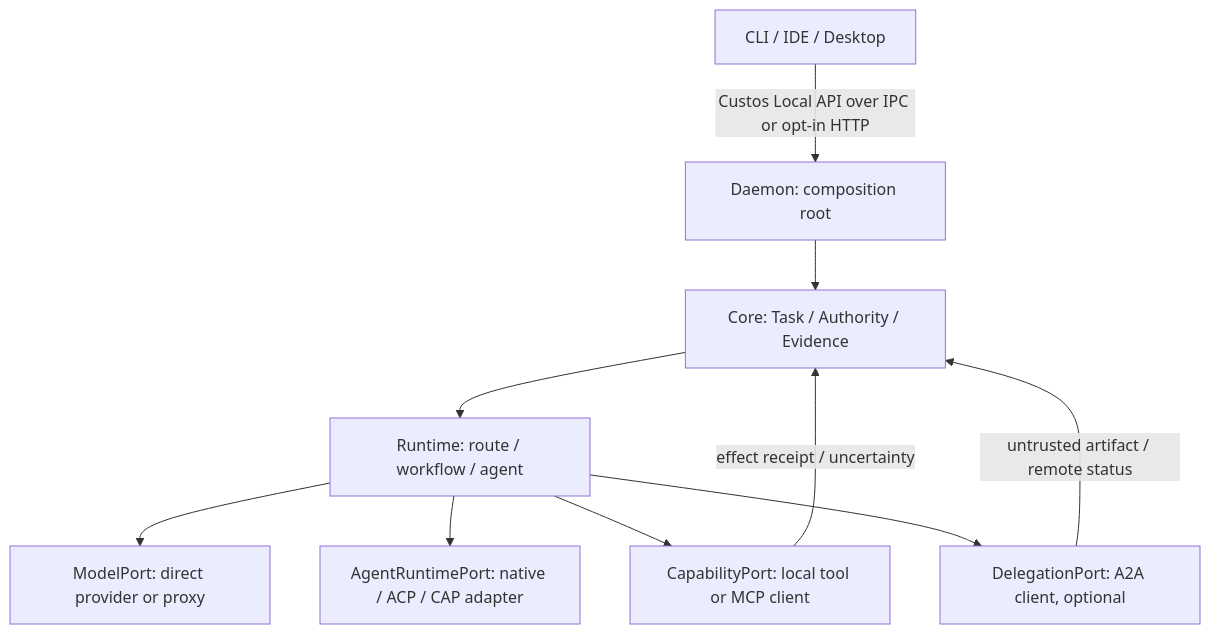
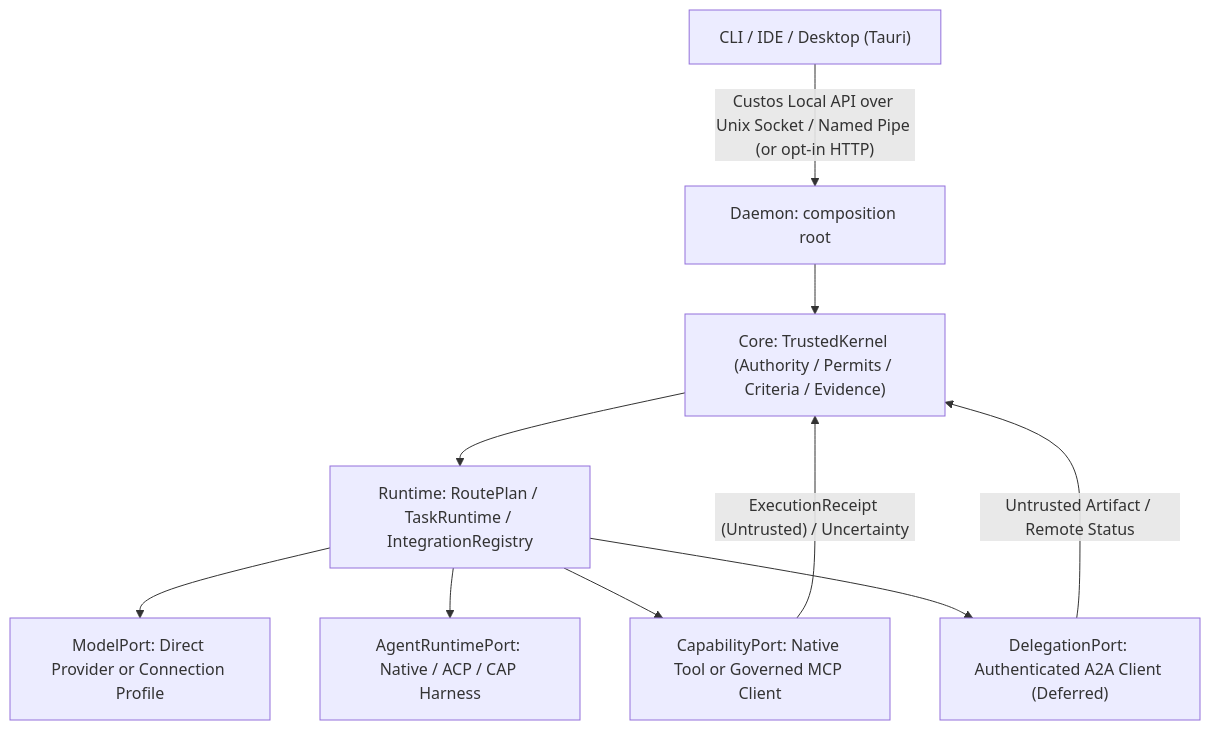
One commit to civi0411/Custos changed the diagram in docs/architecture/protocol-and-connectivity-hubs.md. Above: the diagram before and after it, drawn with Mermaid. The commit also changed other lines of this file and 7 other files, not shown here.

Commit message:
feat(protocol): standardize local api command envelopes and secure credential boundary

````diff
--- a/docs/architecture/protocol-and-connectivity-hubs.md
+++ b/docs/architecture/protocol-and-connectivity-hubs.md
@@ -22,12 +47,12 @@
 ```mermaid
 flowchart TD
-    UI["CLI / IDE / Desktop"] -->|"Custos Local API over IPC or opt-in HTTP"| Daemon["Daemon: composition root"]
-    Daemon --> Kernel["Core: Task / Authority / Evidence"]
-    Kernel --> Runtime["Runtime: route / workflow / agent"]
-    Runtime --> Model["ModelPort: direct provider or proxy"]
-    Runtime --> Harness["AgentRuntimePort: native / ACP / CAP adapter"]
-    Runtime --> Tool["CapabilityPort: local tool or MCP client"]
-    Runtime --> Peer["DelegationPort: A2A client, optional"]
-    Tool -->|"effect receipt / uncertainty"| Kernel
-    Peer -->|"untrusted artifact / remote status"| Kernel
+    UI["CLI / IDE / Desktop (Tauri)"] -->|"Custos Local API over Unix Socket / Named Pipe (or opt-in HTTP)"| Daemon["Daemon: composition root"]
+    Daemon --> Kernel["Core: TrustedKernel (Authority / Permits / Criteria / Evidence)"]
+    Kernel --> Runtime["Runtime: RoutePlan / TaskRuntime / IntegrationRegistry"]
+    Runtime --> Model["ModelPort: Direct Provider or Connection Profile"]
+    Runtime --> Harness["AgentRuntimePort: Native / ACP / CAP Harness"]
+    Runtime --> Tool["CapabilityPort: Native Tool or Governed MCP Client"]
+    Runtime --> Peer["DelegationPort: Authenticated A2A Client (Deferred)"]
+    Tool -->|"ExecutionReceipt (Untrusted) / Uncertainty"| Kernel
+    Peer -->|"Untrusted Artifact / Remote Status"| Kernel
 ```
````
